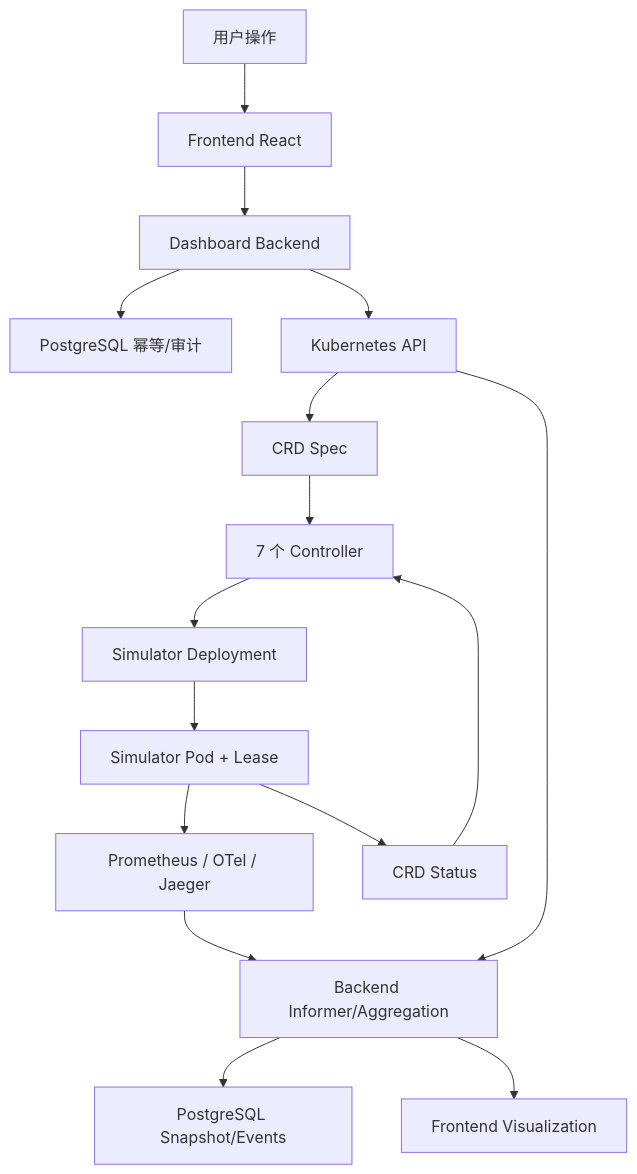
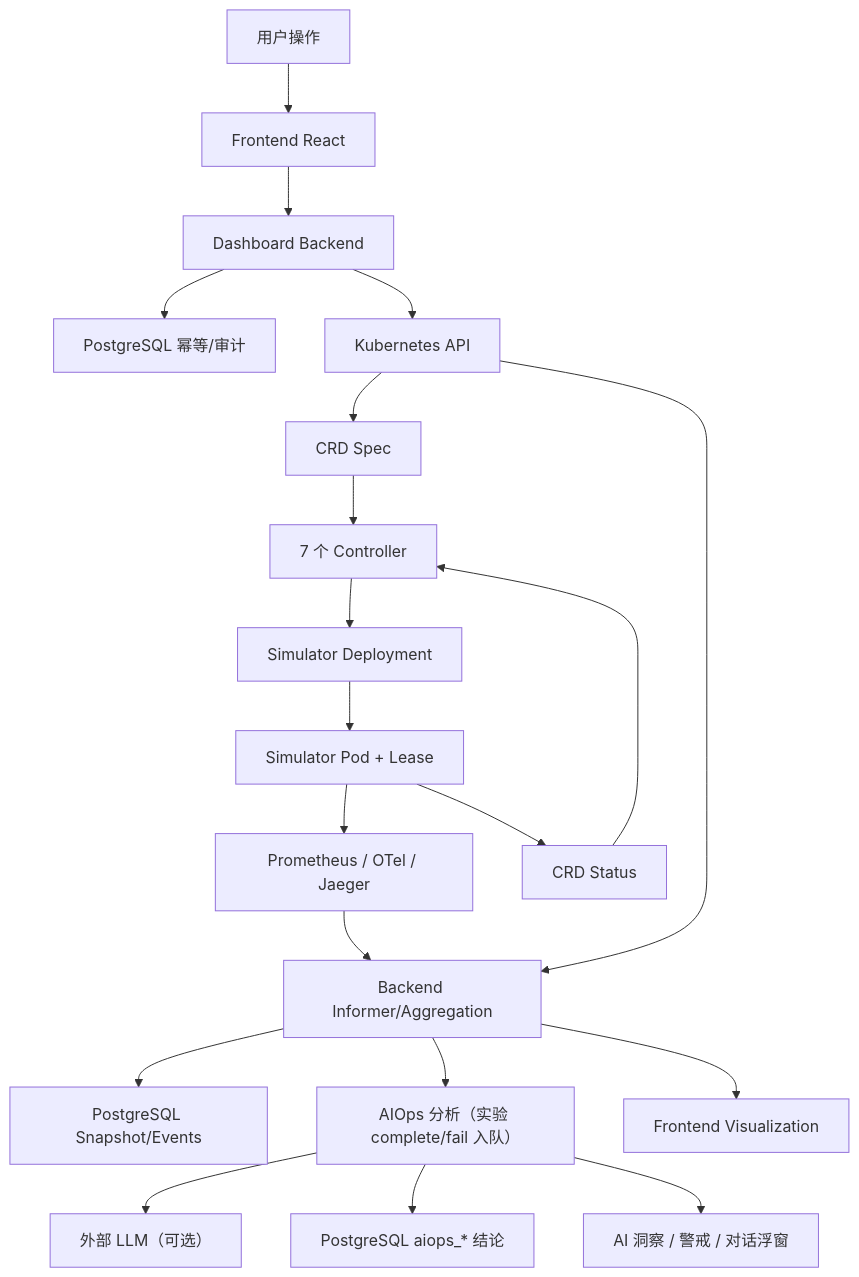
Before and after one commit to 3900563672/hello-k8s-ai: the first of 4 diagrams in docs/data-flow/END_TO_END_DATA_FLOW.md, drawn with Mermaid. The commit also changed other lines of this file and 20 other files, not shown here.

````diff
--- a/docs/data-flow/END_TO_END_DATA_FLOW.md
+++ b/docs/data-flow/END_TO_END_DATA_FLOW.md
@@ -7,18 +7,22 @@
 ```mermaid
 flowchart TB
   U["用户操作"] --> F["Frontend React"]
   F --> B["Dashboard Backend"]
   B --> DB1["PostgreSQL 幂等/审计"]
   B --> K["Kubernetes API"]
   K --> CR["CRD Spec"]
   CR --> C["7 个 Controller"]
   C --> DEP["Simulator Deployment"]
   DEP --> POD["Simulator Pod + Lease"]
   POD --> OBS["Prometheus / OTel / Jaeger"]
   POD --> ST["CRD Status"]
   ST --> C
   K --> BA["Backend Informer/Aggregation"]
   OBS --> BA
   BA --> DB2["PostgreSQL Snapshot/Events"]
+  BA --> AIO["AIOps 分析（实验 complete/fail 入队）"]
+  AIO --> LLM["外部 LLM（可选）"]
+  AIO --> DB3["PostgreSQL aiops_* 结论"]
+  AIO --> F3["AI 洞察 / 警戒 / 对话浮窗"]
   BA --> F2["Frontend Visualization"]
 ```
````
